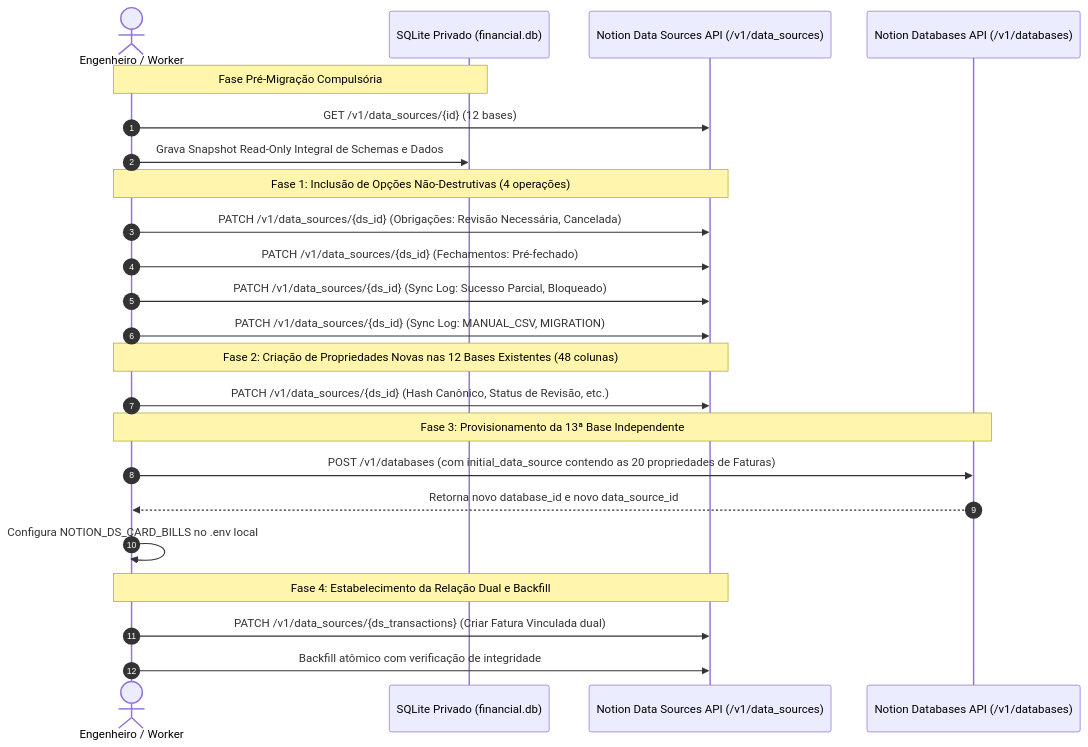
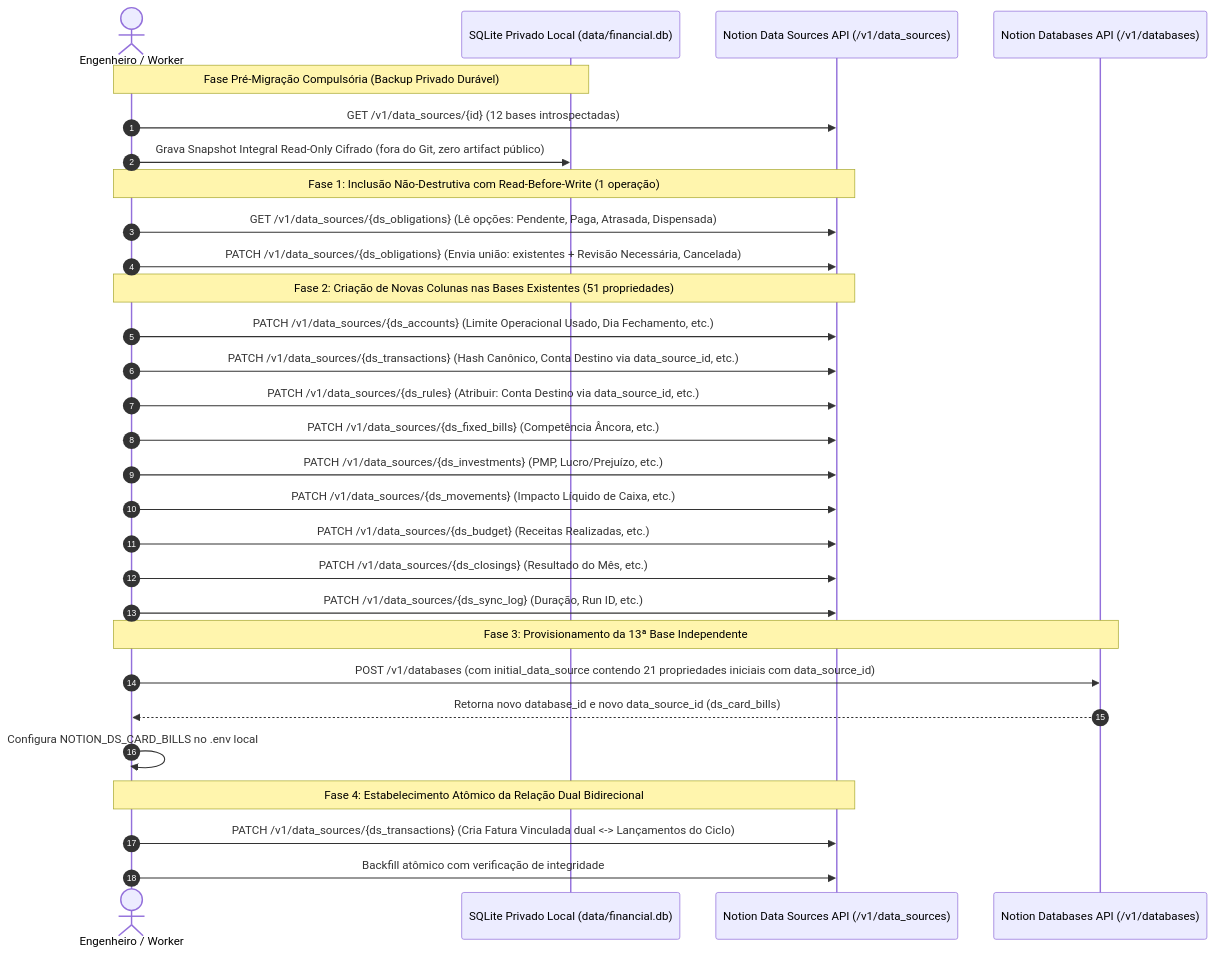
One commit to vitoledo/financial-organisation changed the diagram in architecture/notion-migration-plan.md. Above: the diagram before and after it, drawn with Mermaid. The commit also changed other lines of this file, not shown here.

Commit message:
docs(migration): apply operational patch to notion migration plan v2.2

````diff
--- a/architecture/notion-migration-plan.md
+++ b/architecture/notion-migration-plan.md
@@ -494,30 +510,36 @@
 ```mermaid
 sequenceDiagram
     autonumber
     actor Dev as Engenheiro / Worker
-    participant Storage as SQLite Privado (financial.db)
+    participant Storage as SQLite Privado Local (data/financial.db)
     participant NotionDS as Notion Data Sources API (/v1/data_sources)
     participant NotionDB as Notion Databases API (/v1/databases)
 
-    Note over Dev,Storage: Fase Pré-Migração Compulsória
-    Dev->>NotionDS: GET /v1/data_sources/{id} (12 bases)
-    Dev->>Storage: Grava Snapshot Read-Only Integral de Schemas e Dados
+    Note over Dev,Storage: Fase Pré-Migração Compulsória (Backup Privado Durável)
+    Dev->>NotionDS: GET /v1/data_sources/{id} (12 bases introspectadas)
+    Dev->>Storage: Grava Snapshot Integral Read-Only Cifrado (fora do Git, zero artifact público)
 
-    Note over Dev,NotionDS: Fase 1: Inclusão de Opções Não-Destrutivas (4 operações)
-    Dev->>NotionDS: PATCH /v1/data_sources/{ds_id} (Obrigações: Revisão Necessária, Cancelada)
-    Dev->>NotionDS: PATCH /v1/data_sources/{ds_id} (Fechamentos: Pré-fechado)
-    Dev->>NotionDS: PATCH /v1/data_sources/{ds_id} (Sync Log: Sucesso Parcial, Bloqueado)
-    Dev->>NotionDS: PATCH /v1/data_sources/{ds_id} (Sync Log: MANUAL_CSV, MIGRATION)
+    Note over Dev,NotionDS: Fase 1: Inclusão Não-Destrutiva com Read-Before-Write (1 operação)
+    Dev->>NotionDS: GET /v1/data_sources/{ds_obligations} (Lê opções: Pendente, Paga, Atrasada, Dispensada)
+    Dev->>NotionDS: PATCH /v1/data_sources/{ds_obligations} (Envia união: existentes + Revisão Necessária, Cancelada)
 
-    Note over Dev,NotionDS: Fase 2: Criação de Propriedades Novas nas 12 Bases Existentes (48 colunas)
-    Dev->>NotionDS: PATCH /v1/data_sources/{ds_id} (Hash Canônico, Status de Revisão, etc.)
+    Note over Dev,NotionDS: Fase 2: Criação de Novas Colunas nas Bases Existentes (51 propriedades)
+    Dev->>NotionDS: PATCH /v1/data_sources/{ds_accounts} (Limite Operacional Usado, Dia Fechamento, etc.)
+    Dev->>NotionDS: PATCH /v1/data_sources/{ds_transactions} (Hash Canônico, Conta Destino via data_source_id, etc.)
+    Dev->>NotionDS: PATCH /v1/data_sources/{ds_rules} (Atribuir: Conta Destino via data_source_id, etc.)
+    Dev->>NotionDS: PATCH /v1/data_sources/{ds_fixed_bills} (Competência Âncora, etc.)
+    Dev->>NotionDS: PATCH /v1/data_sources/{ds_investments} (PMP, Lucro/Prejuízo, etc.)
+    Dev->>NotionDS: PATCH /v1/data_sources/{ds_movements} (Impacto Líquido de Caixa, etc.)
+    Dev->>NotionDS: PATCH /v1/data_sources/{ds_budget} (Receitas Realizadas, etc.)
+    Dev->>NotionDS: PATCH /v1/data_sources/{ds_closings} (Resultado do Mês, etc.)
+    Dev->>NotionDS: PATCH /v1/data_sources/{ds_sync_log} (Duração, Run ID, etc.)
 
     Note over Dev,NotionDB: Fase 3: Provisionamento da 13ª Base Independente
-    Dev->>NotionDB: POST /v1/databases (com initial_data_source contendo as 20 propriedades de Faturas)
-    NotionDB-->>Dev: Retorna novo database_id e novo data_source_id
+    Dev->>NotionDB: POST /v1/databases (com initial_data_source contendo 21 propriedades iniciais com data_source_id)
+    NotionDB-->>Dev: Retorna novo database_id e novo data_source_id (ds_card_bills)
     Dev->>Dev: Configura NOTION_DS_CARD_BILLS no .env local
 
-    Note over Dev,NotionDS: Fase 4: Estabelecimento da Relação Dual e Backfill
-    Dev->>NotionDS: PATCH /v1/data_sources/{ds_transactions} (Criar Fatura Vinculada dual)
+    Note over Dev,NotionDS: Fase 4: Estabelecimento Atômico da Relação Dual Bidirecional
+    Dev->>NotionDS: PATCH /v1/data_sources/{ds_transactions} (Cria Fatura Vinculada dual <-> Lançamentos do Ciclo)
     Dev->>NotionDS: Backfill atômico com verificação de integridade
 ```
````
